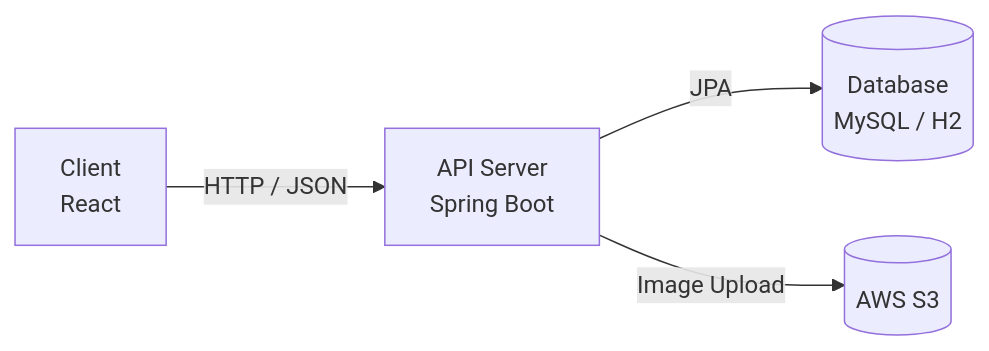
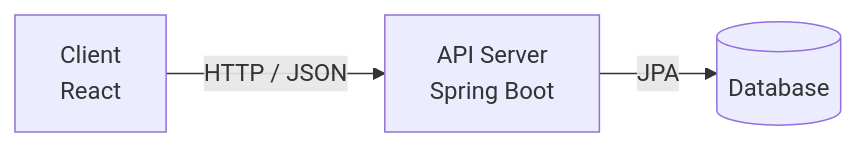
One commit to JeongEuiHan/boardapi-project changed the first of 2 diagrams in README.md. Above: the diagram before and after it, drawn with Mermaid. The commit also changed other lines of this file, not shown here.

````diff
--- a/README.md
+++ b/README.md
@@ -117,6 +102,5 @@
 ```mermaid
 flowchart LR
     A[Client<br/>React] -->|HTTP / JSON| B[API Server<br/>Spring Boot]
-    B -->|JPA| C[(Database<br/>MySQL / H2)]
-    B -->|Image Upload| D[(AWS S3)]
+    B -->|JPA| C[(Database)]
 ```
````
